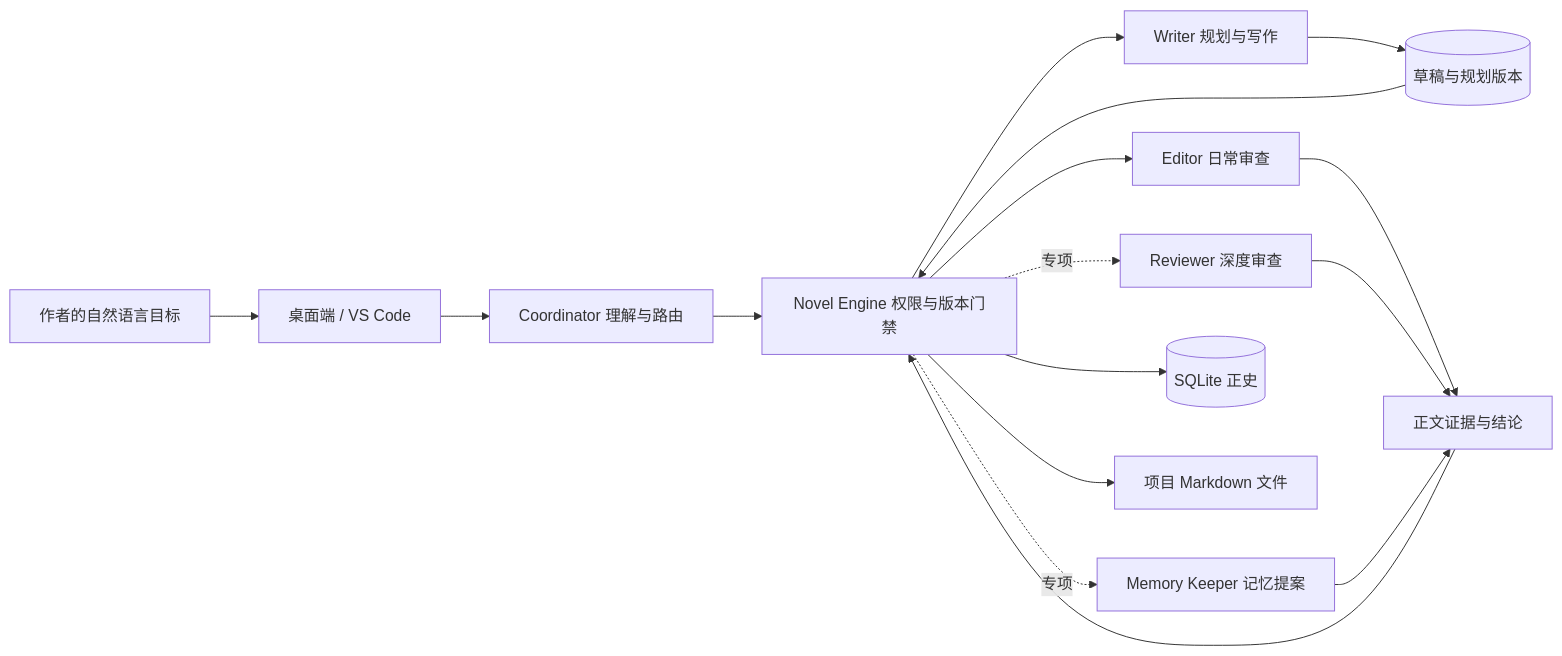
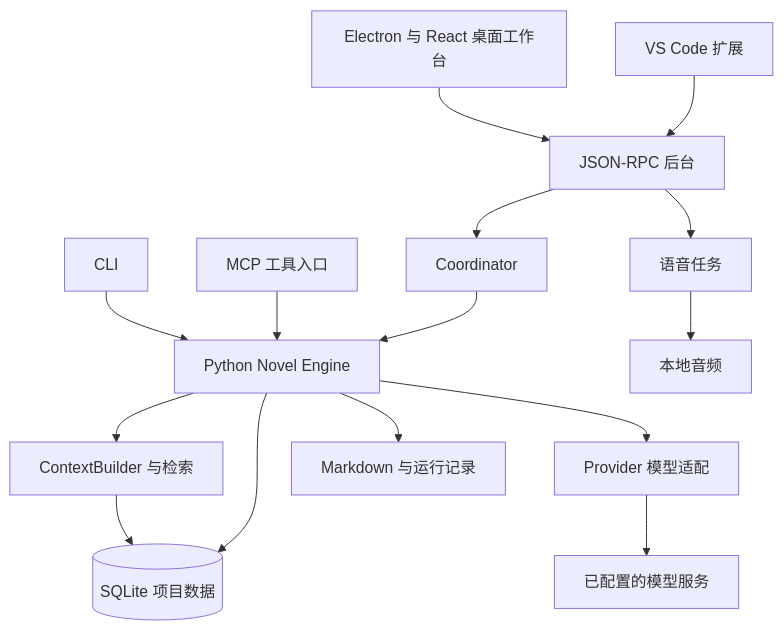
Before and after one commit to littlewinter320/inkflow: the seventh of 7 diagrams in README.md, drawn with Mermaid. The commit also changed other lines of this file and 7 other files, not shown here.

````diff
--- a/README.md
+++ b/README.md
@@ -31,18 +531,17 @@
 ```mermaid
-flowchart LR
-    User[作者的自然语言目标] --> UI[桌面端 / VS Code]
-    UI --> Coordinator[Coordinator 理解与路由]
-    Coordinator --> Engine[Novel Engine 权限与版本门禁]
-    Engine --> Writer[Writer 规划与写作]
-    Engine --> Editor[Editor 日常审查]
-    Engine -.专项.-> Reviewer[Reviewer 深度审查]
-    Engine -.专项.-> Keeper[Memory Keeper 记忆提案]
-    Writer --> Draft[(草稿与规划版本)]
-    Editor --> Evidence[正文证据与结论]
-    Reviewer --> Evidence
-    Keeper --> Evidence
-    Draft --> Engine
-    Evidence --> Engine
-    Engine --> Canon[(SQLite 正史)]
-    Engine --> Markdown[项目 Markdown 文件]
+graph TD
+    UI[Electron 与 React 桌面工作台] --> RPC[JSON-RPC 后台]
+    VS[VS Code 扩展] --> RPC
+    CLI[CLI] --> ENG[Python Novel Engine]
+    MCP[MCP 工具入口] --> ENG
+    RPC --> CO[Coordinator]
+    CO --> ENG
+    ENG --> CTX[ContextBuilder 与检索]
+    CTX --> DB[(SQLite 项目数据)]
+    ENG --> PR[Provider 模型适配]
+    PR --> LLM[已配置的模型服务]
+    ENG --> DB
+    ENG --> FILE[Markdown 与运行记录]
+    RPC --> VOICE[语音任务]
+    VOICE --> AUDIO[本地音频]
 ```
````
